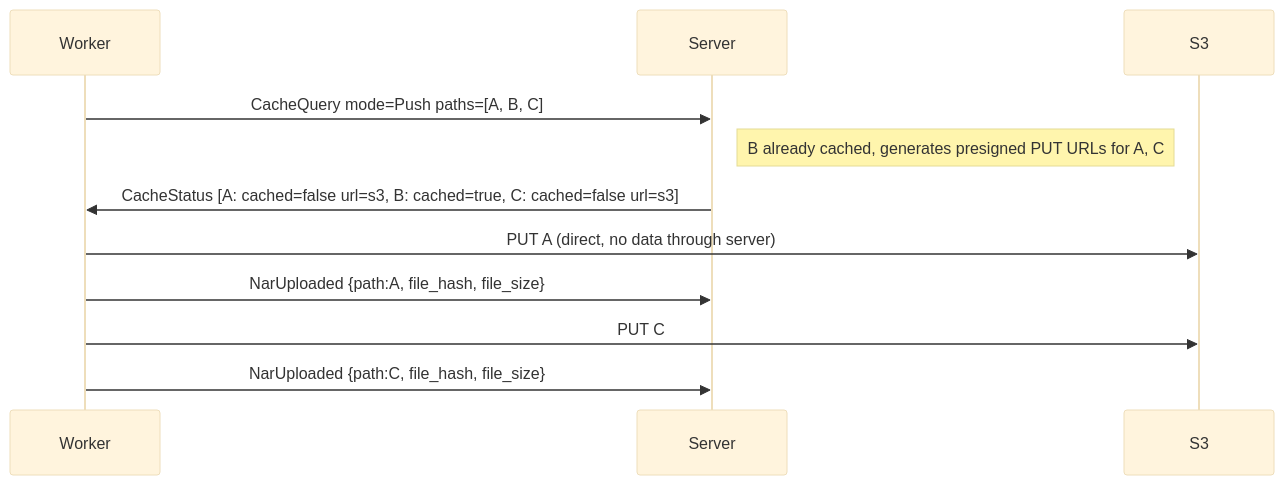
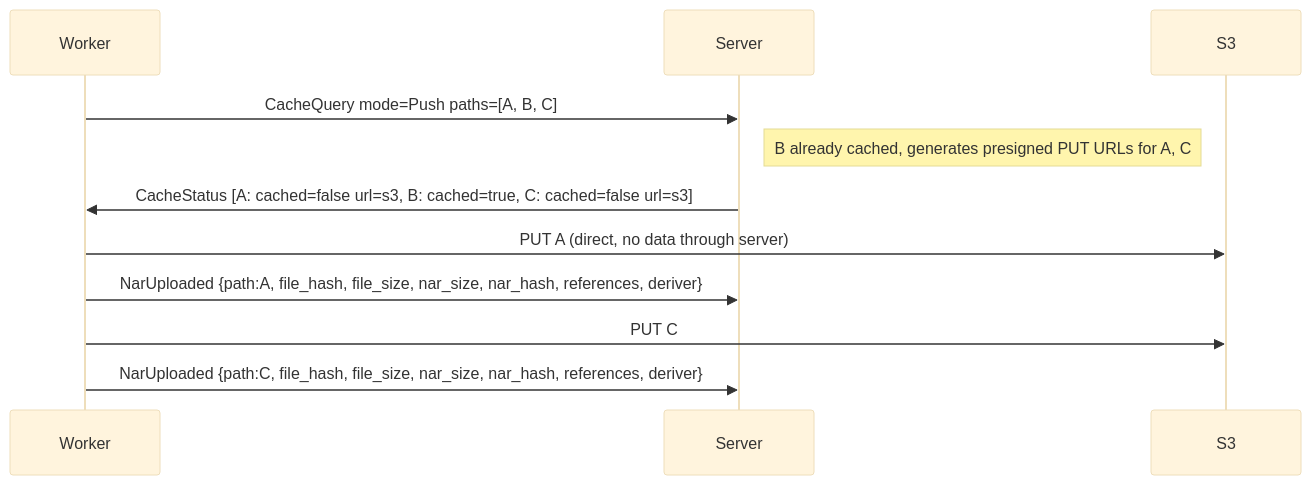
Before and after one commit to wavelens/gradient: diagram 18 of 25 in docs/src/development/proto.md, drawn with Mermaid (base theme). The commit also changed other lines of this file and 19 other files, not shown here.

````diff
--- a/docs/src/development/proto.md
+++ b/docs/src/development/proto.md
@@ -944,14 +954,14 @@
 ```mermaid
 sequenceDiagram
     participant W as Worker
     participant S as Server
     participant S3 as S3
 
     W->>S: CacheQuery mode=Push paths=[A, B, C]
     Note right of S: B already cached, generates presigned PUT URLs for A, C
     S->>W: CacheStatus [A: cached=false url=s3, B: cached=true, C: cached=false url=s3]
     W->>S3: PUT A (direct, no data through server)
-    W->>S: NarUploaded {path:A, file_hash, file_size}
+    W->>S: NarUploaded {path:A, file_hash, file_size, nar_size, nar_hash, references, deriver}
     W->>S3: PUT C
-    W->>S: NarUploaded {path:C, file_hash, file_size}
+    W->>S: NarUploaded {path:C, file_hash, file_size, nar_size, nar_hash, references, deriver}
 ```
````
